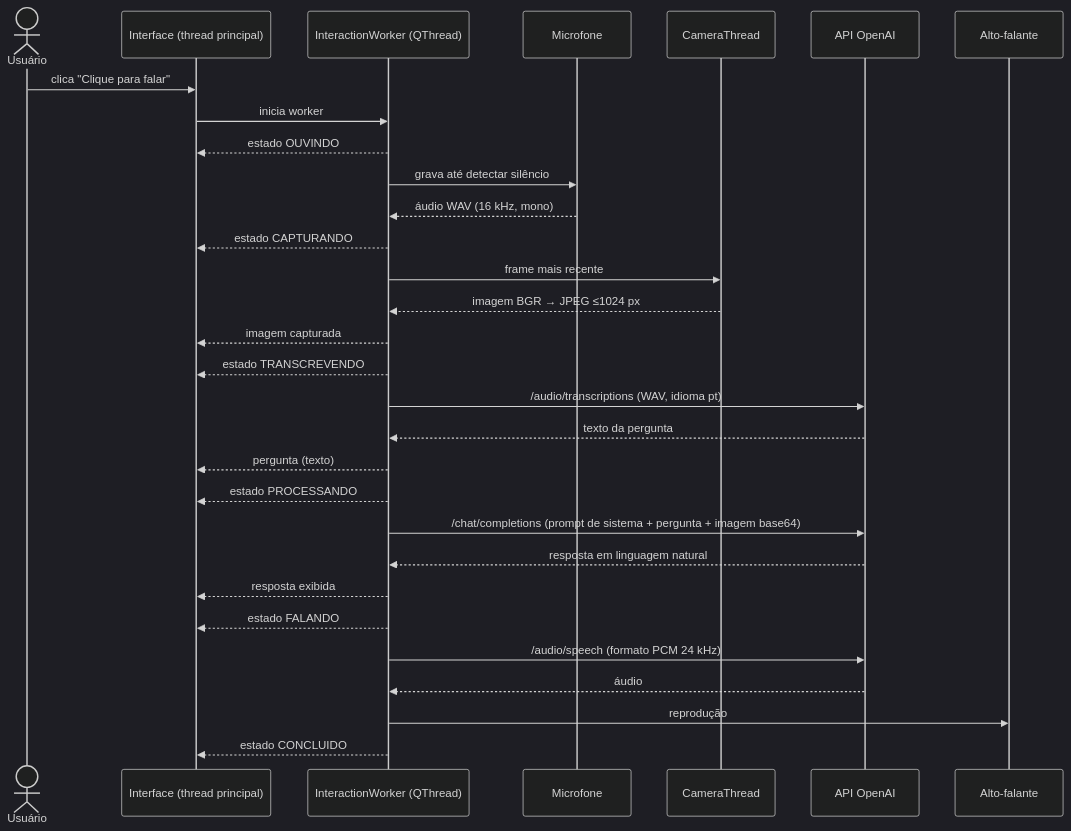
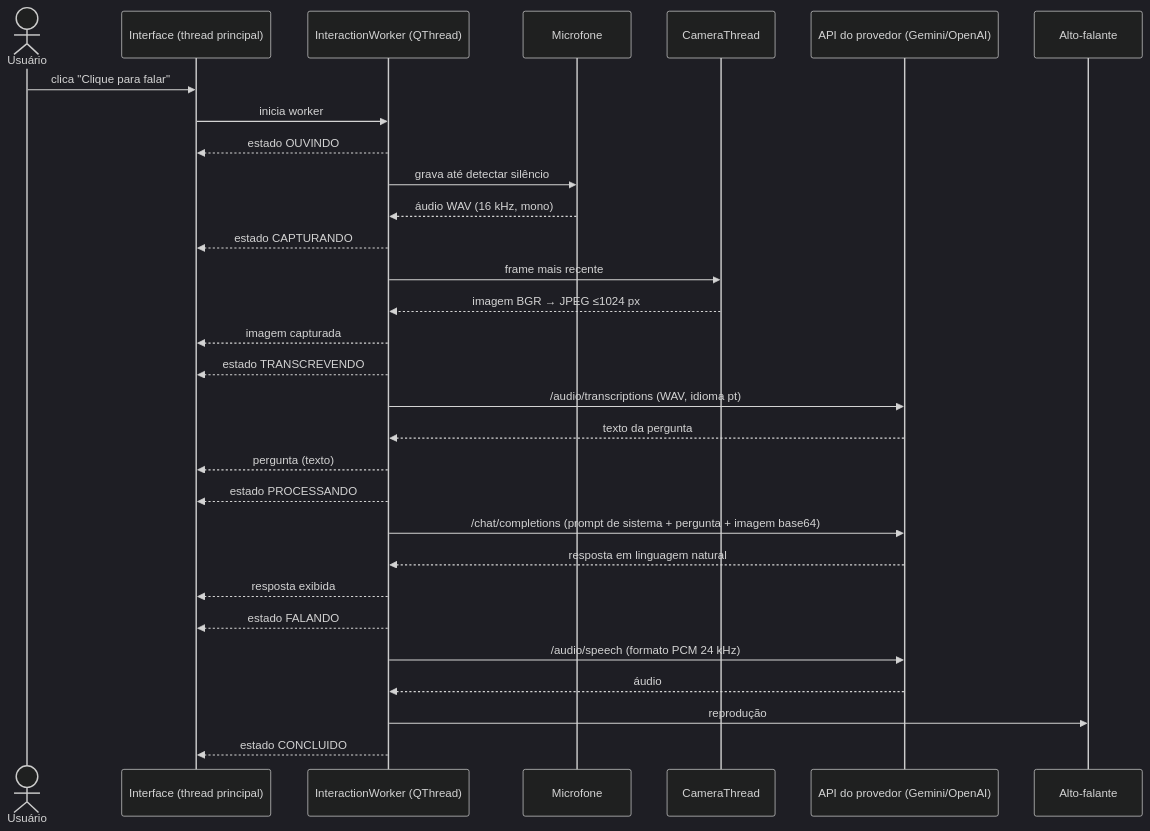
The diagram in docs/ARQUITETURA.md (joaodorast/projeto-visao-llm), drawn with Mermaid (dark theme) before and after one commit. The commit also changed other lines of this file, not shown here.

Commit message:
docs(arquitetura): descreve a escolha de provedor e o uso do Gemini

````diff
--- a/docs/ARQUITETURA.md
+++ b/docs/ARQUITETURA.md
@@ -69,33 +73,33 @@
 ```mermaid
 sequenceDiagram
     actor U as Usuário
     participant G as Interface (thread principal)
     participant W as InteractionWorker (QThread)
     participant M as Microfone
     participant C as CameraThread
-    participant O as API OpenAI
+    participant O as API do provedor (Gemini/OpenAI)
     participant A as Alto-falante
 
     U->>G: clica "Clique para falar"
     G->>W: inicia worker
     W-->>G: estado OUVINDO
     W->>M: grava até detectar silêncio
     M-->>W: áudio WAV (16 kHz, mono)
     W-->>G: estado CAPTURANDO
     W->>C: frame mais recente
     C-->>W: imagem BGR → JPEG ≤1024 px
     W-->>G: imagem capturada
     W-->>G: estado TRANSCREVENDO
     W->>O: /audio/transcriptions (WAV, idioma pt)
     O-->>W: texto da pergunta
     W-->>G: pergunta (texto)
     W-->>G: estado PROCESSANDO
     W->>O: /chat/completions (prompt de sistema + pergunta + imagem base64)
     O-->>W: resposta em linguagem natural
     W-->>G: resposta exibida
     W-->>G: estado FALANDO
     W->>O: /audio/speech (formato PCM 24 kHz)
     O-->>W: áudio
     W->>A: reprodução
     W-->>G: estado CONCLUIDO
 ```
````
